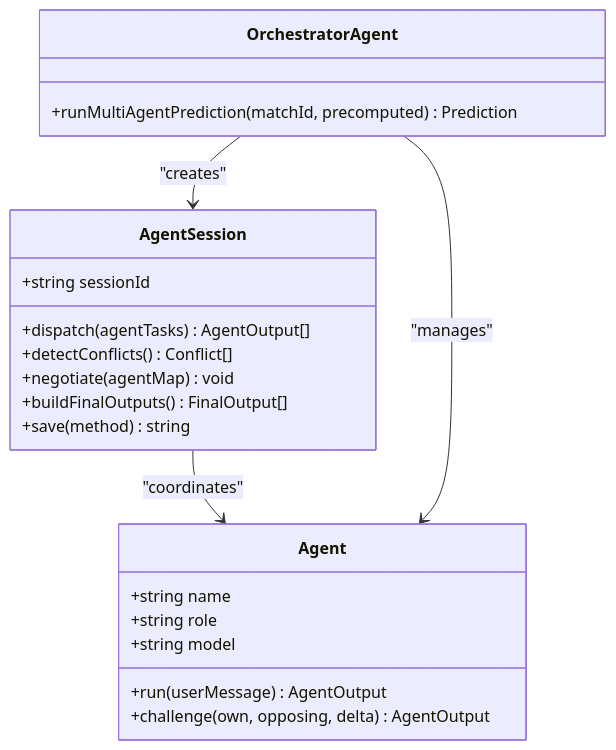
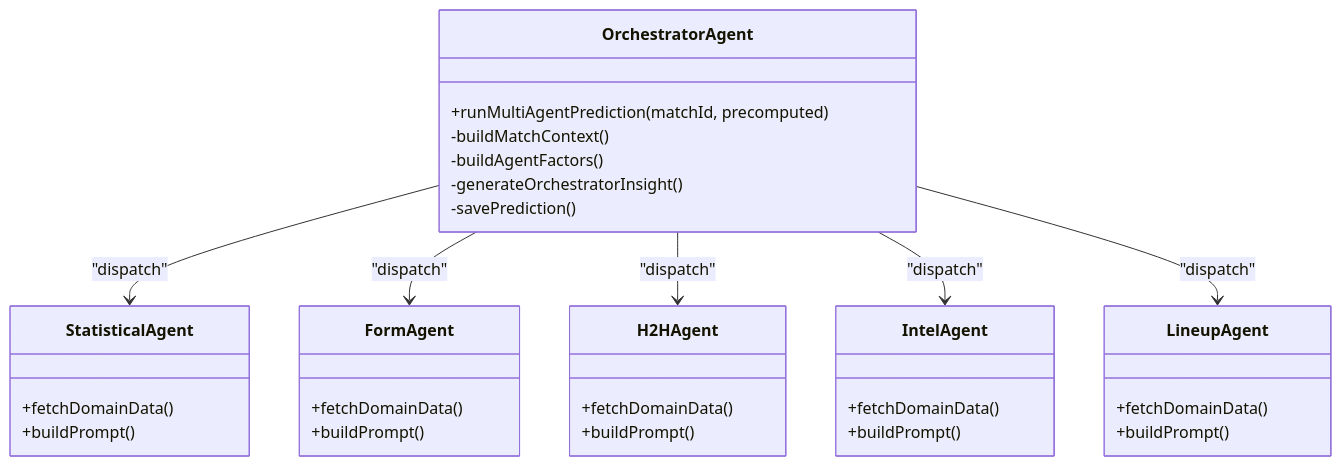
The fifth of 10 diagrams in .qoder/repowiki/en/content/System Architecture/System Architecture.md (cheesiong/WC26-qwen), drawn with Mermaid before and after one commit. The commit also changed other lines of this file and 181 other files, not shown here.

First line of the commit message:
Add Sofascore and Google multi-source lineup scrapers

````diff
--- a/.qoder/repowiki/en/content/System Architecture/System Architecture.md
+++ b/.qoder/repowiki/en/content/System Architecture/System Architecture.md
@@ -190,24 +222,35 @@
 ```mermaid
 classDiagram
-class Agent {
-+string name
-+string role
-+string model
-+run(userMessage) AgentOutput
-+challenge(own, opposing, delta) AgentOutput
+class OrchestratorAgent {
++runMultiAgentPrediction(matchId, precomputed)
+-buildMatchContext()
+-buildAgentFactors()
+-generateOrchestratorInsight()
+-savePrediction()
 }
-class AgentSession {
-+string sessionId
-+dispatch(agentTasks) AgentOutput[]
-+detectConflicts() Conflict[]
-+negotiate(agentMap) void
-+buildFinalOutputs() FinalOutput[]
-+save(method) string
+class StatisticalAgent {
++fetchDomainData()
++buildPrompt()
 }
-class OrchestratorAgent {
-+runMultiAgentPrediction(matchId, precomputed) Prediction
+class FormAgent {
++fetchDomainData()
++buildPrompt()
 }
-AgentSession --> Agent : "coordinates"
-OrchestratorAgent --> AgentSession : "creates"
-OrchestratorAgent --> Agent : "manages"
+class H2HAgent {
++fetchDomainData()
++buildPrompt()
+}
+class IntelAgent {
++fetchDomainData()
++buildPrompt()
+}
+class LineupAgent {
++fetchDomainData()
++buildPrompt()
+}
+OrchestratorAgent --> StatisticalAgent : "dispatch"
+OrchestratorAgent --> FormAgent : "dispatch"
+OrchestratorAgent --> H2HAgent : "dispatch"
+OrchestratorAgent --> IntelAgent : "dispatch"
+OrchestratorAgent --> LineupAgent : "dispatch"
 ```
````
